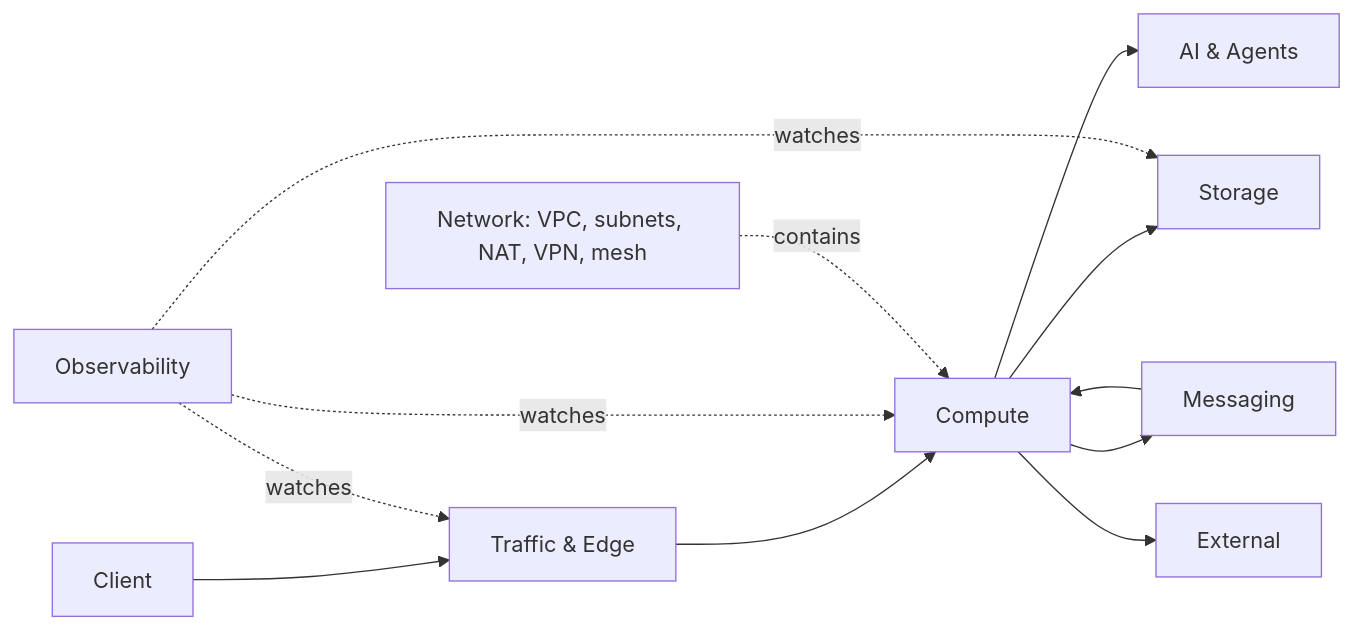
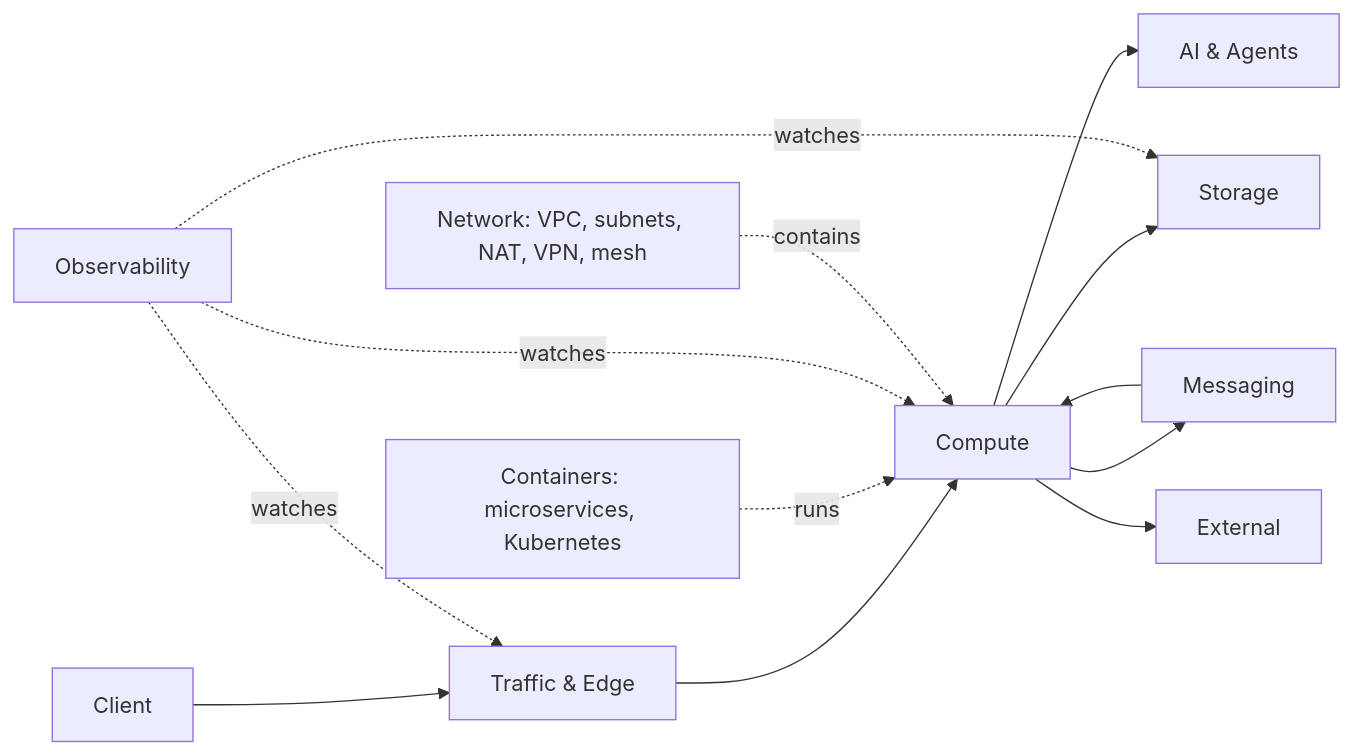
The diagram in docs/2027.1/reference/components/index.md (Insper/platform), drawn with Mermaid before and after one commit. The commit also changed other lines of this file and 19 other files, not shown here.

````diff
--- a/docs/2027.1/reference/components/index.md
+++ b/docs/2027.1/reference/components/index.md
@@ -7,14 +7,15 @@
 ``` mermaid
 flowchart LR
     CL[Client] --> ED[Traffic & Edge]
     ED --> CO[Compute]
     CO --> ST[Storage]
     CO --> MS[Messaging]
+    CT[Containers: microservices, Kubernetes] -.runs.-> CO
     MS --> CO
     CO --> AI[AI & Agents]
     CO --> EX[External]
     OB[Observability] -.watches.-> ED
     OB -.watches.-> CO
     OB -.watches.-> ST
     NW[Network: VPC, subnets, NAT, VPN, mesh] -.contains.-> CO
 ```
````
